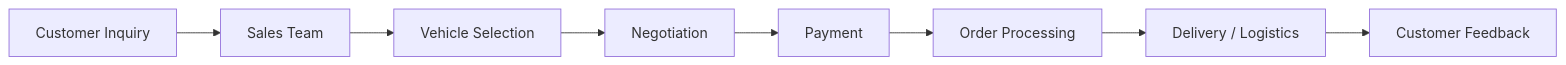
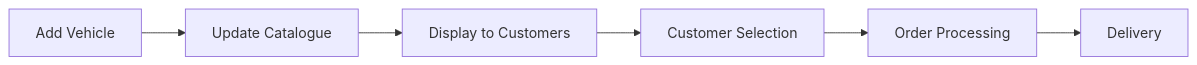
One commit to Daniwest-Tech-Ltd/justice-auto-haven changed the third of 7 diagrams in README.md. Above: the diagram before and after it, drawn with Mermaid. The commit also changed other lines of this file, not shown here.

````diff
--- a/README.md
+++ b/README.md
@@ -64,11 +102,8 @@
 ```mermaid
 flowchart LR
-
-A[Customer Inquiry] --> B[Sales Team]
-B --> C[Vehicle Selection]
-C --> D[Negotiation]
-D --> E[Payment]
-E --> F[Order Processing]
-F --> G[Delivery / Logistics]
-G --> H[Customer Feedback]
+A[Add Vehicle] --> B[Update Catalogue]
+B --> C[Display to Customers]
+C --> D[Customer Selection]
+D --> E[Order Processing]
+E --> F[Delivery]
 ```
````
